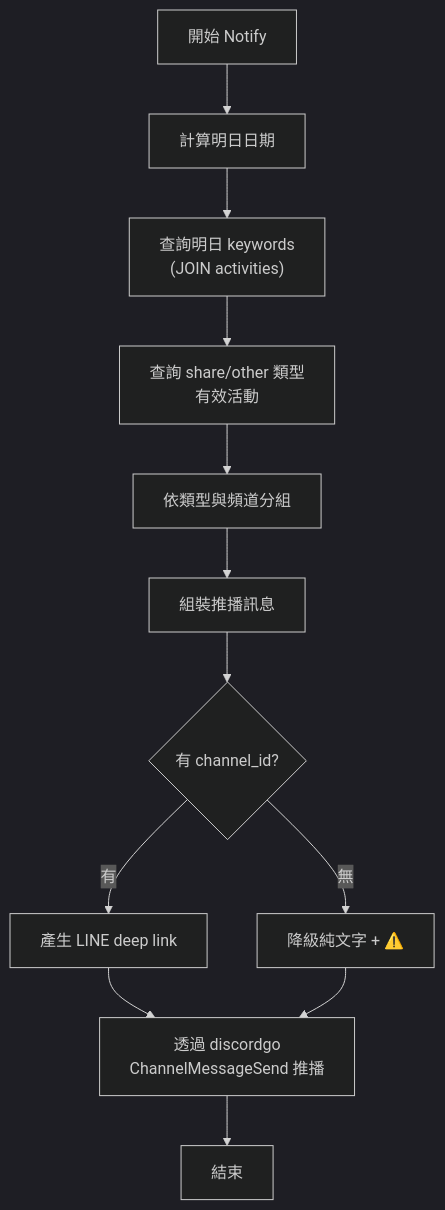
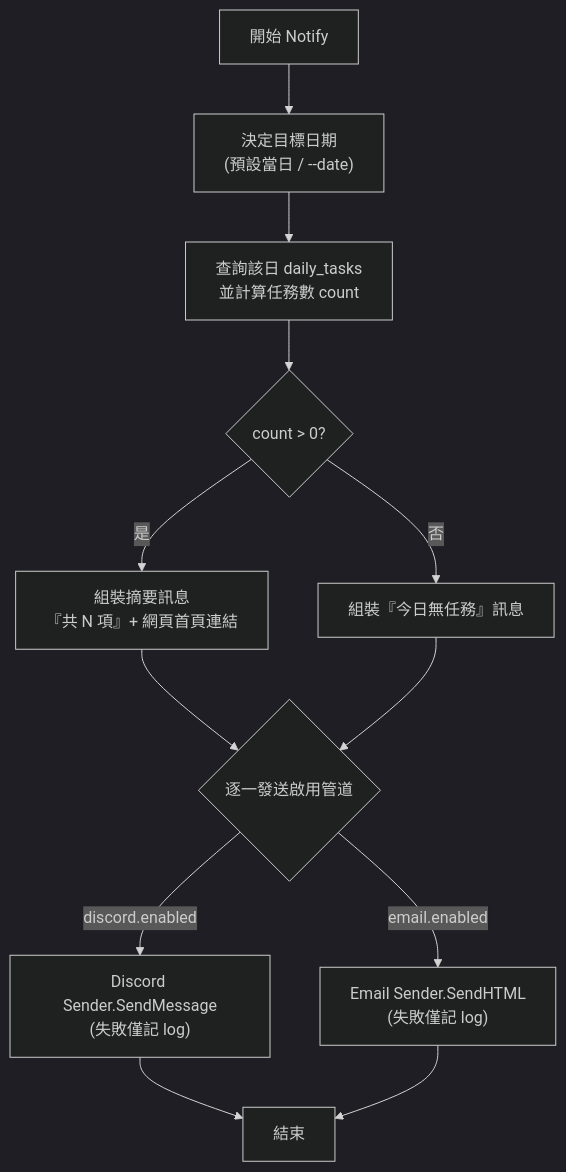
One commit to dccoding1118/more-line-points changed the third of 6 diagrams in docs/requirements/requirements.md. Above: the diagram before and after it, drawn with Mermaid. The commit also changed other lines of this file and 3 other files, not shown here.

````diff
--- a/docs/requirements/requirements.md
+++ b/docs/requirements/requirements.md
@@ -413,17 +429,16 @@
 ```mermaid
 %%{init: {'theme':'dark'}}%%
 flowchart TD
-    START["開始 Notify"] --> CALC_DATE["計算明日日期"]
-    CALC_DATE --> QUERY_KW["查詢明日 keywords<br/>(JOIN activities)"]
-    QUERY_KW --> QUERY_OTHER["查詢 share/other 類型<br/>有效活動"]
-    QUERY_OTHER --> GROUP["依類型與頻道分組"]
-    GROUP --> BUILD_MSG["組裝推播訊息"]
+    START["開始 Notify"] --> CALC_DATE["決定目標日期<br/>(預設當日 / --date)"]
+    CALC_DATE --> QUERY["查詢該日 daily_tasks<br/>並計算任務數 count"]
+    QUERY --> CHK_COUNT{"count > 0?"}
+    CHK_COUNT -->|"是"| MSG_HAS["組裝摘要訊息<br/>『共 N 項』+ 網頁首頁連結"]
+    CHK_COUNT -->|"否"| MSG_NONE["組裝『今日無任務』訊息"]
 
-    BUILD_MSG --> CHK_CH{"有 channel_id?"}
-    CHK_CH -->|"有"| DEEP_LINK["產生 LINE deep link"]
-    CHK_CH -->|"無"| PLAIN_TEXT["降級純文字 + ⚠️"]
-
-    DEEP_LINK --> SEND["透過 discordgo<br/>ChannelMessageSend 推播"]
-    PLAIN_TEXT --> SEND
-    SEND --> DONE["結束"]
+    MSG_HAS --> DISPATCH{"逐一發送啟用管道"}
+    MSG_NONE --> DISPATCH
+    DISPATCH -->|"discord.enabled"| SEND_DC["Discord Sender.SendMessage<br/>(失敗僅記 log)"]
+    DISPATCH -->|"email.enabled"| SEND_EM["Email Sender.SendHTML<br/>(失敗僅記 log)"]
+    SEND_DC --> DONE["結束"]
+    SEND_EM --> DONE
 ```
````
